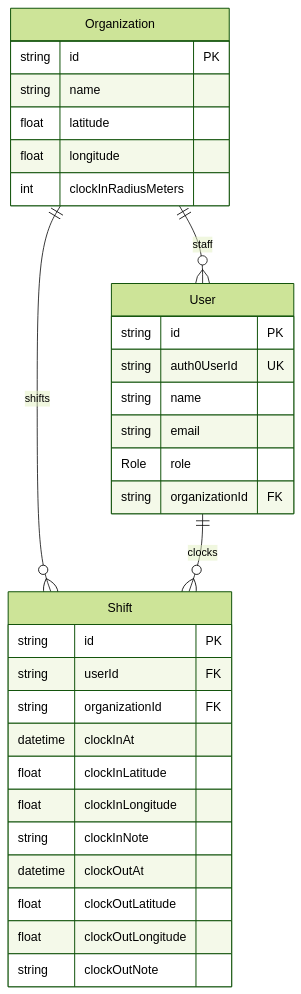
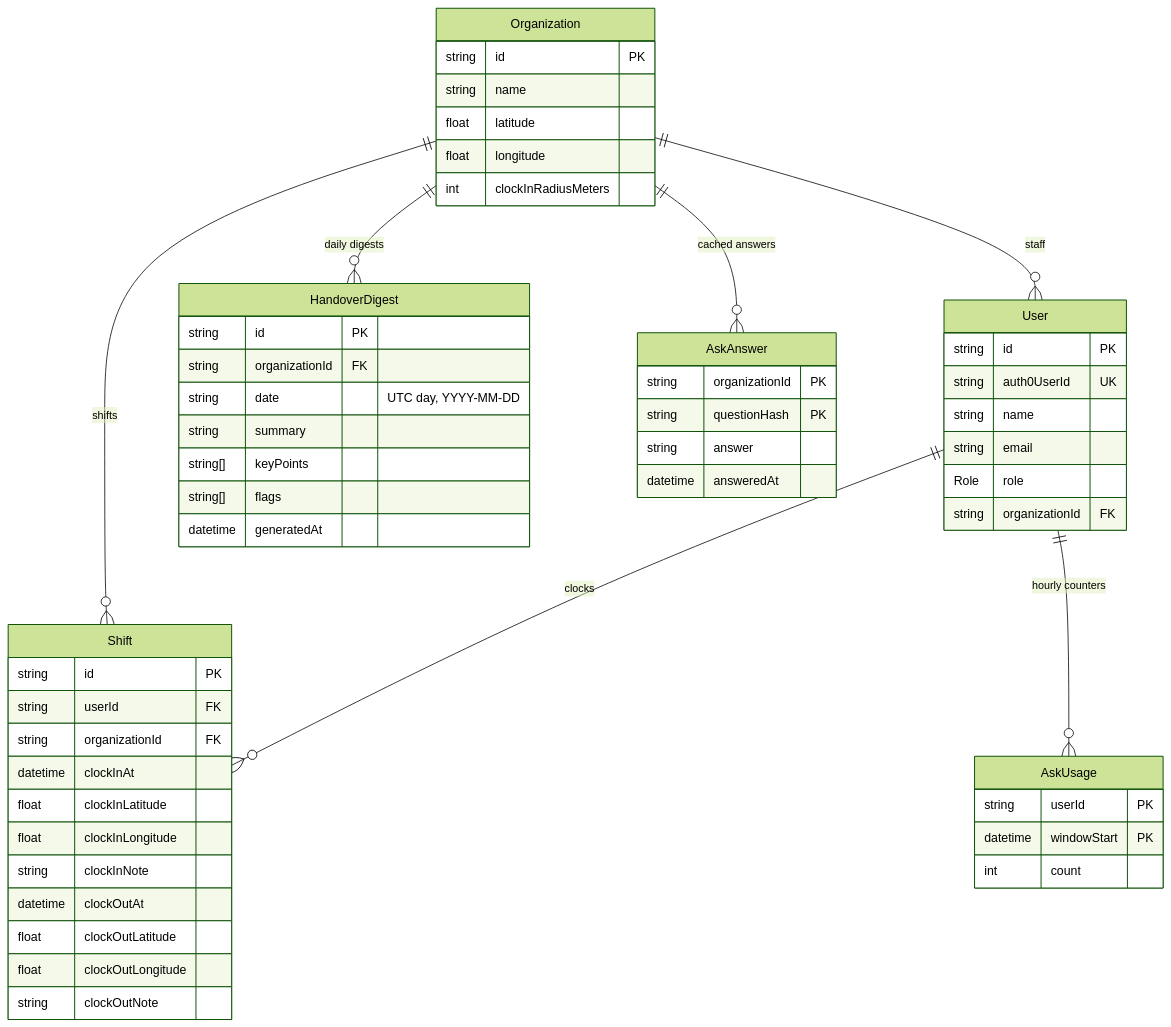
The second of 2 diagrams in README.md (arkaslittlemind/ShiftBeacon), drawn with Mermaid (forest theme) before and after one commit. The commit also changed other lines of this file, not shown here.

````diff
--- a/README.md
+++ b/README.md
@@ -105,35 +130,58 @@
 ```mermaid
 erDiagram
     Organization ||--o{ User : "staff"
     Organization ||--o{ Shift : "shifts"
     User ||--o{ Shift : "clocks"
+    Organization ||--o{ HandoverDigest : "daily digests"
+    Organization ||--o{ AskAnswer : "cached answers"
+    User ||--o{ AskUsage : "hourly counters"
 
     Organization {
         string id PK
         string name
         float latitude
         float longitude
         int clockInRadiusMeters
     }
     User {
         string id PK
         string auth0UserId UK
         string name
         string email
         Role role
         string organizationId FK
     }
     Shift {
         string id PK
         string userId FK
         string organizationId FK
         datetime clockInAt
         float clockInLatitude
         float clockInLongitude
         string clockInNote
         datetime clockOutAt
         float clockOutLatitude
         float clockOutLongitude
         string clockOutNote
     }
+    HandoverDigest {
+        string id PK
+        string organizationId FK
+        string date "UTC day, YYYY-MM-DD"
+        string summary
+        string[] keyPoints
+        string[] flags
+        datetime generatedAt
+    }
+    AskAnswer {
+        string organizationId PK
+        string questionHash PK
+        string answer
+        datetime answeredAt
+    }
+    AskUsage {
+        string userId PK
+        datetime windowStart PK
+        int count
+    }
 ```
````
